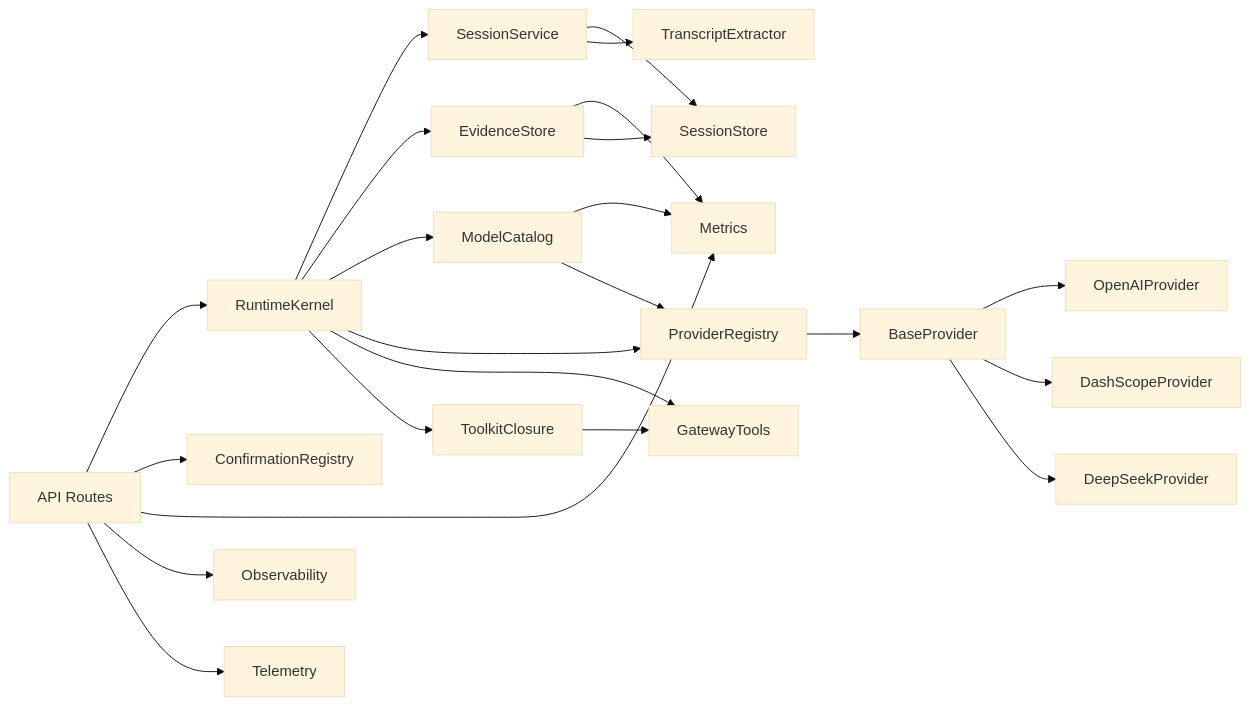
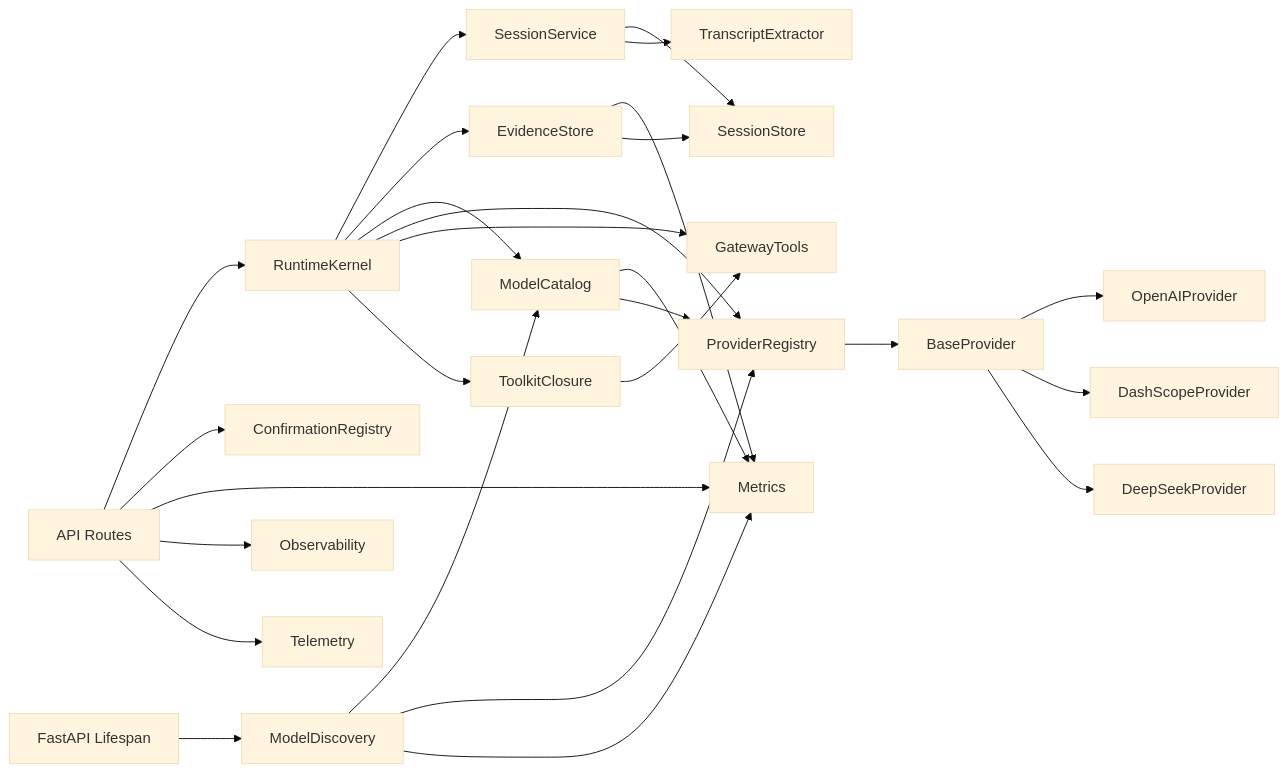
One commit to metasync/luban-aiops changed diagram 25 of 25 in .qoder/repowiki/en/content/Agent Platform Service/Agent Platform Service.md. Above: the diagram before and after it, drawn with Mermaid (base theme). The commit also changed other lines of this file and 7 other files, not shown here.

````diff
--- a/.qoder/repowiki/en/content/Agent Platform Service/Agent Platform Service.md
+++ b/.qoder/repowiki/en/content/Agent Platform Service/Agent Platform Service.md
@@ -1377,25 +1576,29 @@
 ```mermaid
 graph LR
 API["API Routes"] --> Kernel["RuntimeKernel"]
 Kernel --> Session["SessionService"]
 Kernel --> Evidence["EvidenceStore"]
 Kernel --> ModelCat["ModelCatalog"]
 Kernel --> Registry["ProviderRegistry"]
 Kernel --> Tools["GatewayTools"]
 Kernel --> Closure["ToolkitClosure"]
 Registry --> Base["BaseProvider"]
 Base --> OpenAI["OpenAIProvider"]
 Base --> DashScope["DashScopeProvider"]
 Base --> DeepSeek["DeepSeekProvider"]
 Session --> Store["SessionStore"]
 Session --> Transcript["TranscriptExtractor"]
 API --> HITL["ConfirmationRegistry"]
 API --> Metrics["Metrics"]
 API --> Obs["Observability"]
 API --> Tel["Telemetry"]
 Closure --> Tools
 Evidence --> Metrics
 Evidence --> Store
 ModelCat --> Metrics
 ModelCat --> Registry
+ModelDisc["ModelDiscovery"] --> ModelCat
+ModelDisc --> Registry
+ModelDisc --> Metrics
+Lifespan["FastAPI Lifespan"] --> ModelDisc
 ```
````
